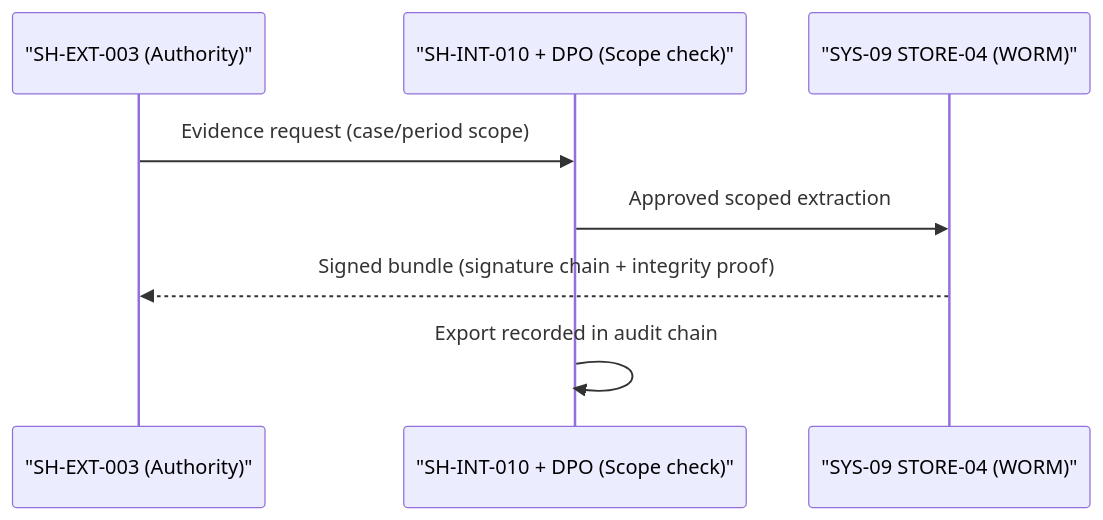
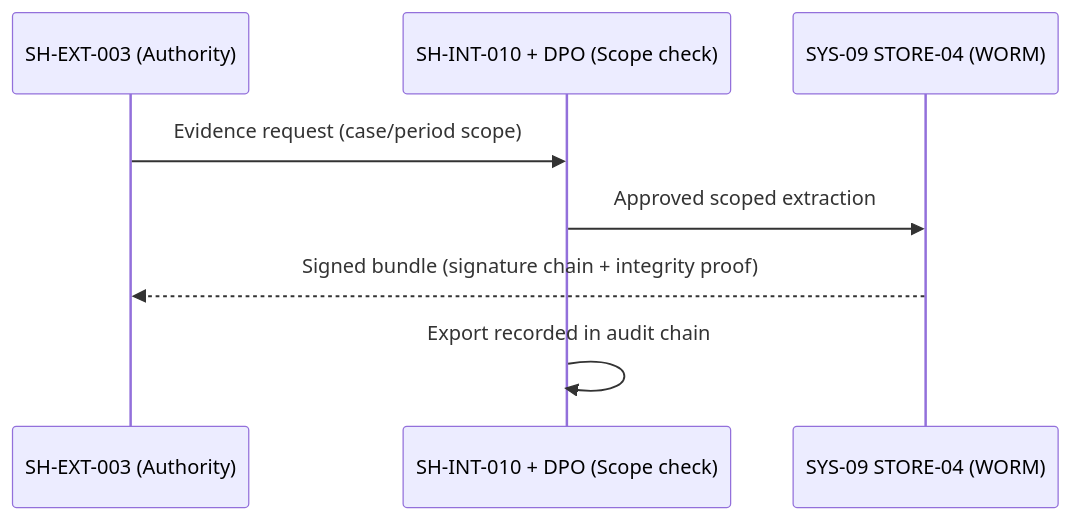
One commit to pauloribeiro16/Methodology_compact changed diagram 20 of 21 in 02_CASES/Case_02_SecureBorder_Solutions/03_PHASE3_DECOMPOSITION/annexes/B_Sequence_Diagrams.md. Above: the diagram before and after it, drawn with Mermaid. The commit also changed other lines of this file and 5 other files, not shown here.

Commit message:
[EXECUTOR] uc-catalogues: embed UC diagram gallery + inline sequence diagrams — Case_01/02/03

````diff
--- a/02_CASES/Case_02_SecureBorder_Solutions/03_PHASE3_DECOMPOSITION/annexes/B_Sequence_Diagrams.md
+++ b/02_CASES/Case_02_SecureBorder_Solutions/03_PHASE3_DECOMPOSITION/annexes/B_Sequence_Diagrams.md
@@ -248,10 +271,10 @@
 ```mermaid
 sequenceDiagram
-    participant AUTH as "SH-EXT-003 (Authority)"
-    participant COMP as "SH-INT-010 + DPO (Scope check)"
-    participant WORM as "SYS-09 STORE-04 (WORM)"
+    participant AUTH as SH-EXT-003 (Authority)
+    participant COMP as SH-INT-010 + DPO (Scope check)
+    participant WORM as SYS-09 STORE-04 (WORM)
     AUTH->>COMP: Evidence request (case/period scope)
     COMP->>WORM: Approved scoped extraction
     WORM-->>AUTH: Signed bundle (signature chain + integrity proof)
     COMP->>COMP: Export recorded in audit chain
 ```
````
